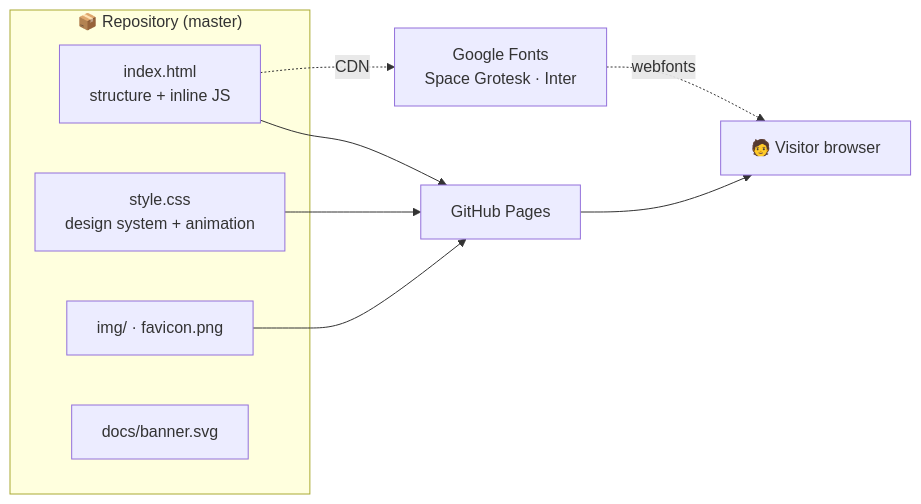
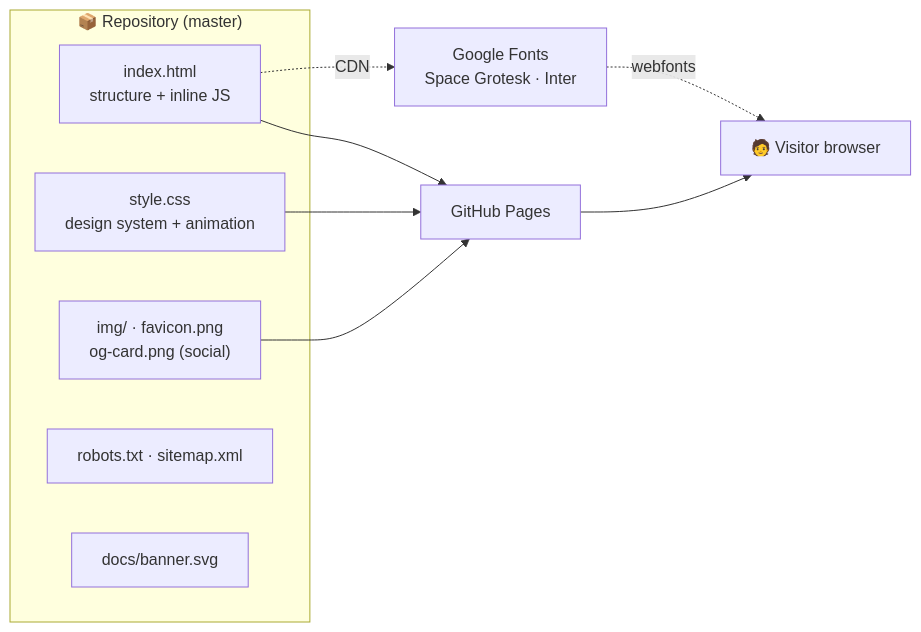
Before and after one commit to it-rat/it-rat.github.io: the fourth of 4 diagrams in README.md, drawn with Mermaid. The commit also changed other lines of this file, not shown here.

First line of the commit message:
docs(readme): reflect WebP team photos + SEO assets

````diff
--- a/README.md
+++ b/README.md
@@ -118,19 +118,20 @@
 ```mermaid
 flowchart LR
     subgraph Repo["📦 Repository (master)"]
         HTML["index.html<br/>structure + inline JS"]
         CSS["style.css<br/>design system + animation"]
-        ASSETS["img/ · favicon.png"]
+        ASSETS["img/ · favicon.png<br/>og-card.png (social)"]
+        SEO["robots.txt · sitemap.xml"]
         DOCS["docs/banner.svg"]
     end
     FONTS["Google Fonts<br/>Space Grotesk · Inter"]
     PAGES["GitHub Pages"]
     USER["🧑 Visitor browser"]
 
     HTML --> PAGES
     CSS --> PAGES
     ASSETS --> PAGES
     HTML -. CDN .-> FONTS
     PAGES --> USER
     FONTS -. webfonts .-> USER
 ```
````
